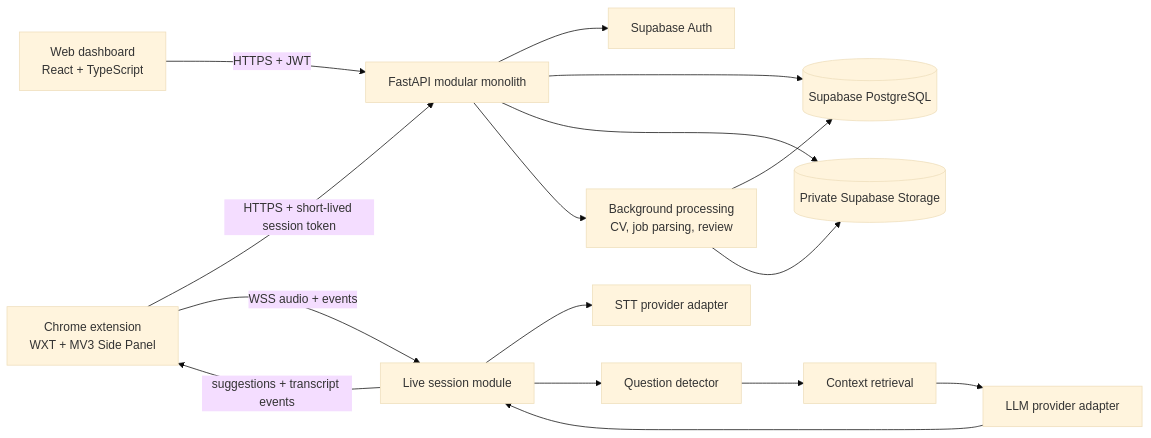
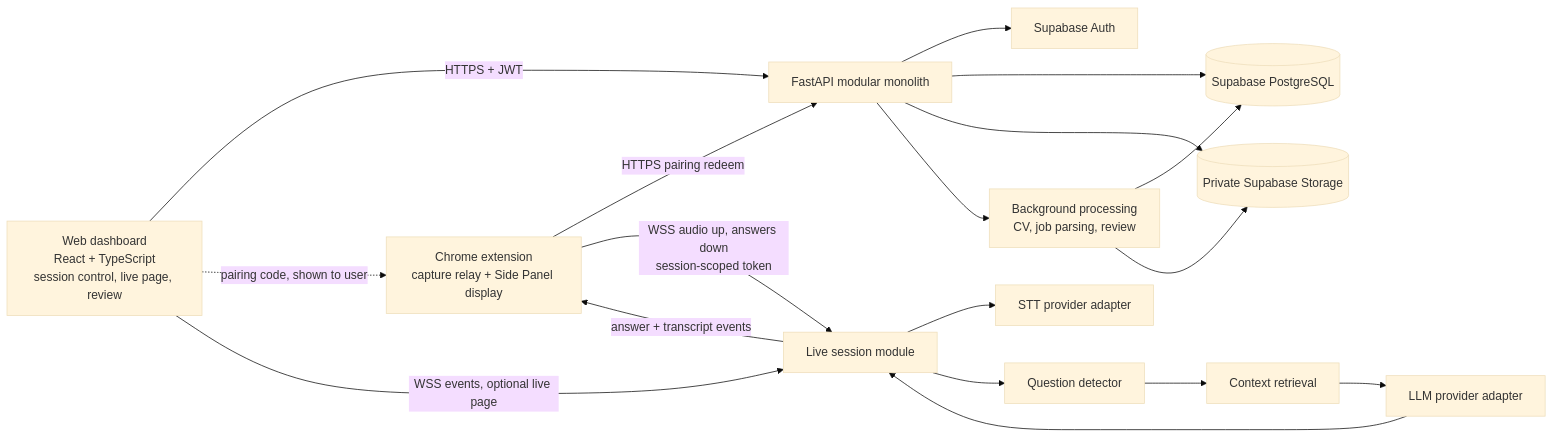
One commit to Legit-cloud/AI-Interviewer-for-candidates changed the first of 3 diagrams in Vren AI — Product Requirements Document.md. Above: the diagram before and after it, drawn with Mermaid (base theme). The commit also changed other lines of this file, not shown here.

First line of the commit message:
Rewrite PRD to v1.1: ready-to-say answers, thin extension, pairing code, Private view

````diff
--- a/Vren AI — Product Requirements Document.md
+++ b/Vren AI — Product Requirements Document.md
@@ -561,18 +585,20 @@
 ```mermaid
 flowchart LR
-  W[Web dashboard\nReact + TypeScript] -->|HTTPS + JWT| API[FastAPI modular monolith]
-  E[Chrome extension\nWXT + MV3 Side Panel] -->|HTTPS + short-lived session token| API
-  E -->|WSS audio + events| LIVE[Live session module]
+  W[Web dashboard\nReact + TypeScript\nsession control, live page, review] -->|HTTPS + JWT| API[FastAPI modular monolith]
+  W -. pairing code, shown to user .-> E
+  E[Chrome extension\ncapture relay + Side Panel display] -->|HTTPS pairing redeem| API
+  E -->|WSS audio up, answers down\nsession-scoped token| LIVE[Live session module]
+  W -->|WSS events, optional live page| LIVE
   API --> AUTH[Supabase Auth]
   API --> DB[(Supabase PostgreSQL)]
   API --> STORE[(Private Supabase Storage)]
   API --> JOBS[Background processing\nCV, job parsing, review]
   LIVE --> STT[STT provider adapter]
   LIVE --> Q[Question detector]
   Q --> CTX[Context retrieval]
   CTX --> LLM[LLM provider adapter]
   LLM --> LIVE
-  LIVE -->|suggestions + transcript events| E
+  LIVE -->|answer + transcript events| E
   JOBS --> DB
   JOBS --> STORE
 ```
````
